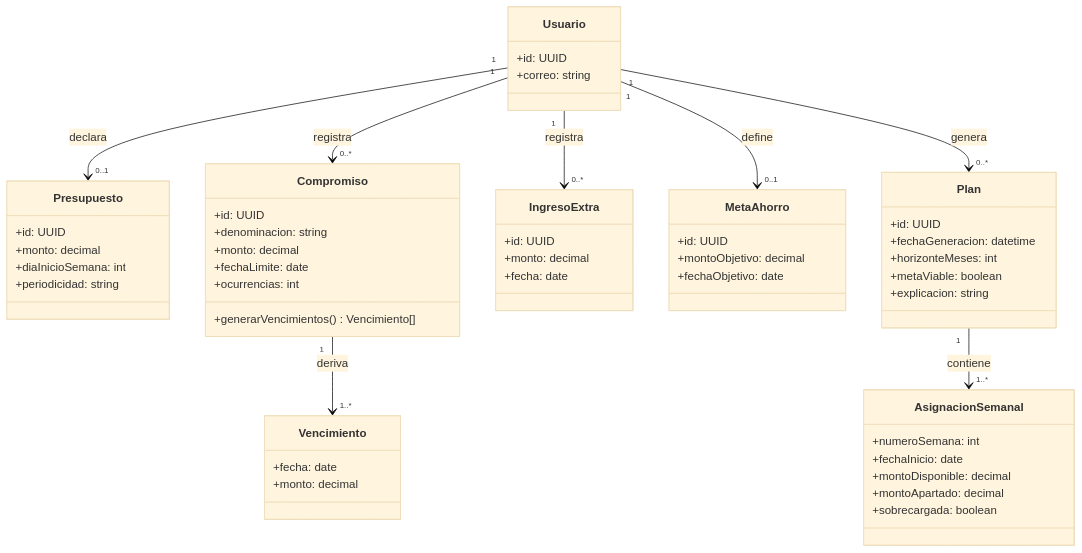
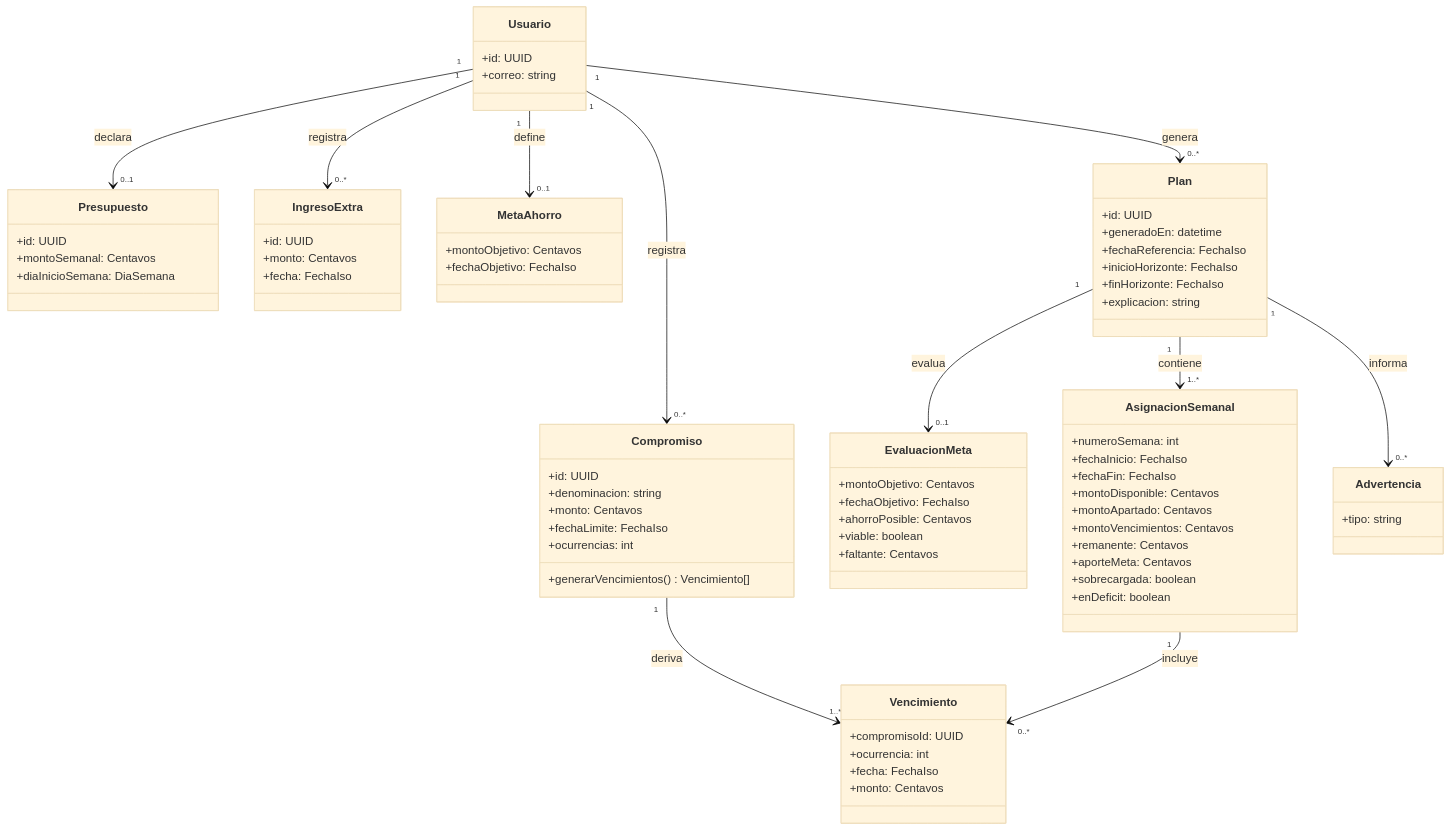
One commit to abdideev/ahorrito changed the diagram in docs/diagramas/02-clases.mmd. Above: the diagram before and after it, drawn with Mermaid (base theme). The commit also changed 1 other file, not shown here.

Commit message:
docs: actualiza los diagramas con el modelo de datos vigente
Refleja SC-03 en el modelo entidad-relacion y el diagrama de clases: presupuesto semanal, fechas del horizonte, evaluacion de la meta, advertencias y las cifras de cada semana. Refs #10

```diff
--- a/docs/diagramas/02-clases.mmd
+++ b/docs/diagramas/02-clases.mmd
@@ -1,55 +1,74 @@
 classDiagram
     class Usuario {
         +id: UUID
         +correo: string
     }
     class Presupuesto {
         +id: UUID
-        +monto: decimal
-        +diaInicioSemana: int
-        +periodicidad: string
+        +montoSemanal: Centavos
+        +diaInicioSemana: DiaSemana
     }
     class Compromiso {
         +id: UUID
         +denominacion: string
-        +monto: decimal
-        +fechaLimite: date
+        +monto: Centavos
+        +fechaLimite: FechaIso
         +ocurrencias: int
         +generarVencimientos() Vencimiento[]
     }
     class Vencimiento {
-        +fecha: date
-        +monto: decimal
+        +compromisoId: UUID
+        +ocurrencia: int
+        +fecha: FechaIso
+        +monto: Centavos
     }
     class IngresoExtra {
         +id: UUID
-        +monto: decimal
-        +fecha: date
+        +monto: Centavos
+        +fecha: FechaIso
     }
     class MetaAhorro {
-        +id: UUID
-        +montoObjetivo: decimal
-        +fechaObjetivo: date
+        +montoObjetivo: Centavos
+        +fechaObjetivo: FechaIso
     }
     class Plan {
         +id: UUID
-        +fechaGeneracion: datetime
-        +horizonteMeses: int
-        +metaViable: boolean
+        +generadoEn: datetime
+        +fechaReferencia: FechaIso
+        +inicioHorizonte: FechaIso
+        +finHorizonte: FechaIso
         +explicacion: string
+    }
+    class EvaluacionMeta {
+        +montoObjetivo: Centavos
+        +fechaObjetivo: FechaIso
+        +ahorroPosible: Centavos
+        +viable: boolean
+        +faltante: Centavos
     }
     class AsignacionSemanal {
         +numeroSemana: int
-        +fechaInicio: date
-        +montoDisponible: decimal
-        +montoApartado: decimal
+        +fechaInicio: FechaIso
+        +fechaFin: FechaIso
+        +montoDisponible: Centavos
+        +montoApartado: Centavos
+        +montoVencimientos: Centavos
+        +remanente: Centavos
+        +aporteMeta: Centavos
         +sobrecargada: boolean
+        +enDeficit: boolean
+    }
+    class Advertencia {
+        +tipo: string
     }
 
     Usuario "1" --> "0..1" Presupuesto : declara
     Usuario "1" --> "0..*" Compromiso : registra
     Usuario "1" --> "0..*" IngresoExtra : registra
     Usuario "1" --> "0..1" MetaAhorro : define
     Usuario "1" --> "0..*" Plan : genera
     Compromiso "1" --> "1..*" Vencimiento : deriva
     Plan "1" --> "1..*" AsignacionSemanal : contiene
+    Plan "1" --> "0..1" EvaluacionMeta : evalua
+    Plan "1" --> "0..*" Advertencia : informa
+    AsignacionSemanal "1" --> "0..*" Vencimiento : incluye
```
